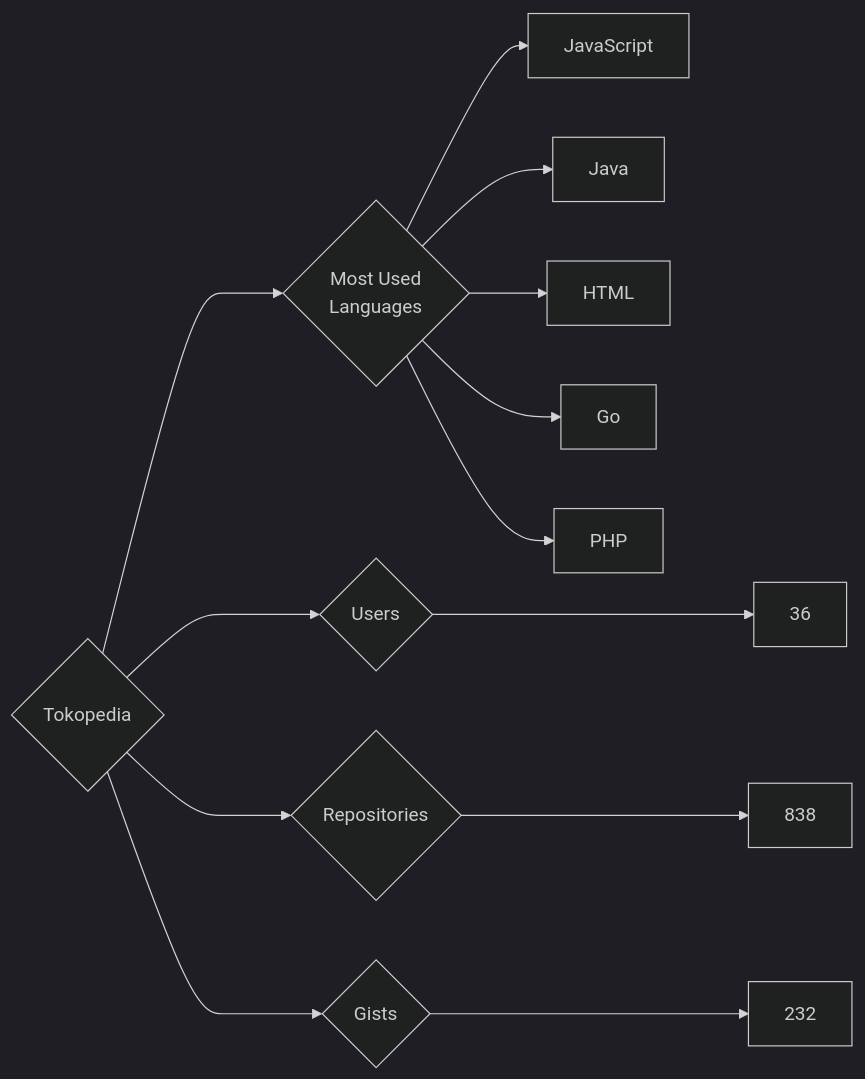
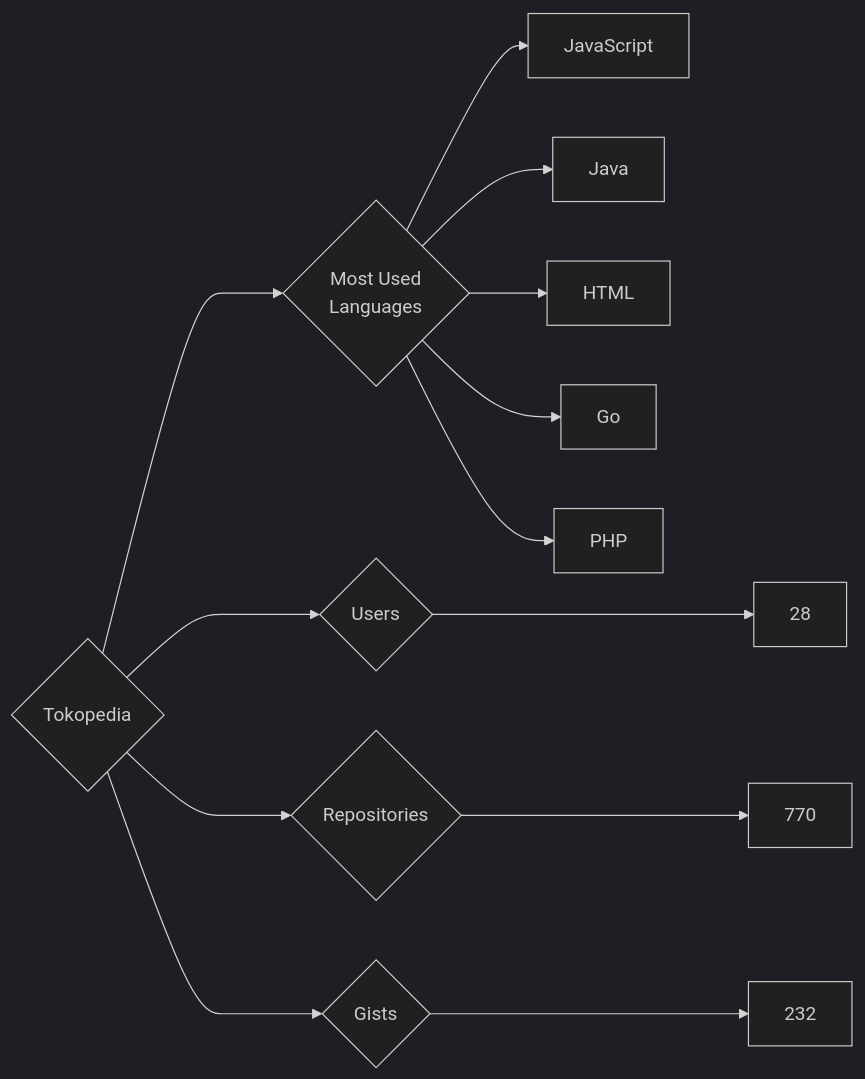
The diagram in targets/Tokopedia/README.md (trickest/insiders), drawn with Mermaid (dark theme) before and after one commit. The commit also changed 799 other files, not shown here.

````diff
--- a/targets/Tokopedia/README.md
+++ b/targets/Tokopedia/README.md
@@ -3,13 +3,13 @@
 ```mermaid
 graph LR
 COMPANY_NAME{Tokopedia}
-COMPANY_NAME ---> U{Users} ---> UN[36]
-COMPANY_NAME ---> R{Repositories} ---> RN[838]
+COMPANY_NAME ---> U{Users} ---> UN[28]
+COMPANY_NAME ---> R{Repositories} ---> RN[770]
 COMPANY_NAME ---> G{Gists} ---> GN[232]
 COMPANY_NAME ---> ML{Most Used<br>Languages}
 ML --> JavaScript[JavaScript]
 ML --> Java[Java]
 ML --> HTML[HTML]
 ML --> Go[Go]
 ML --> PHP[PHP]
 ```
````
